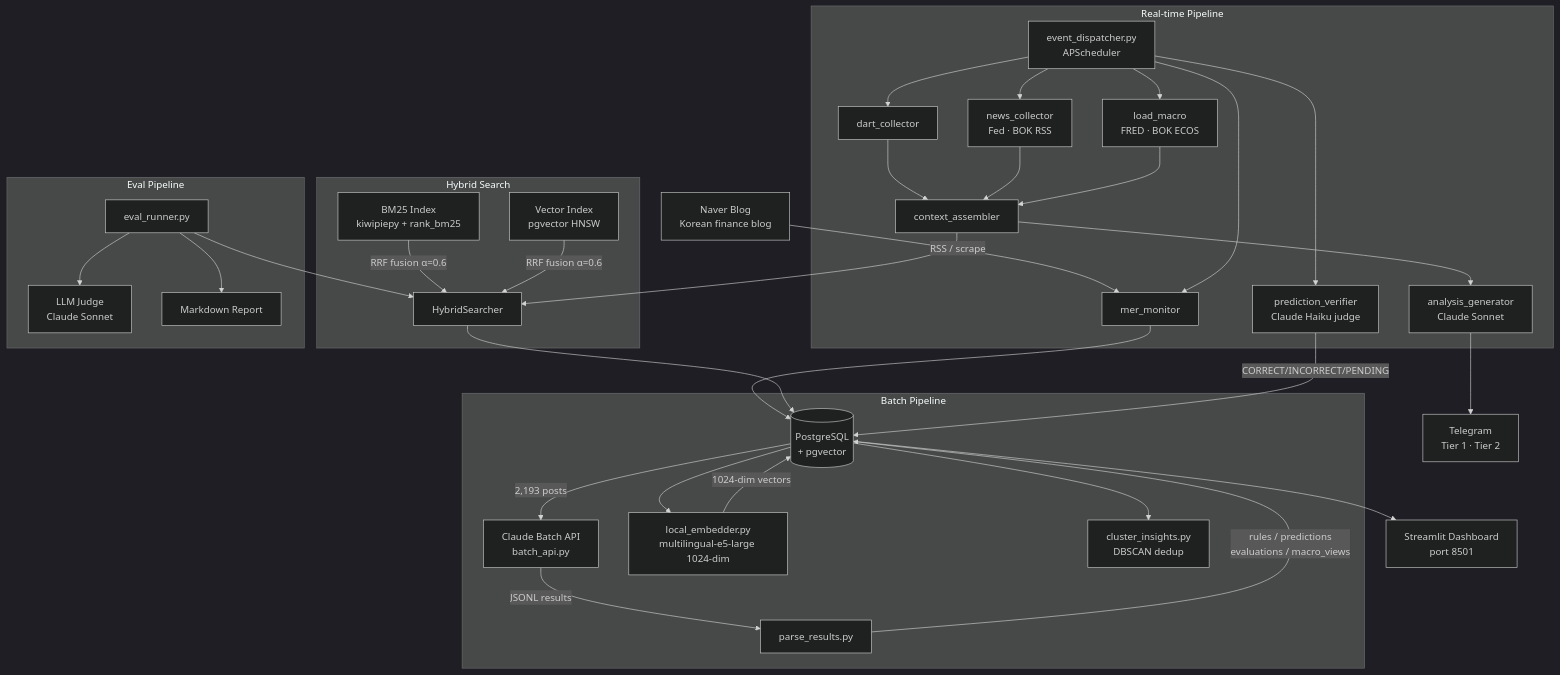
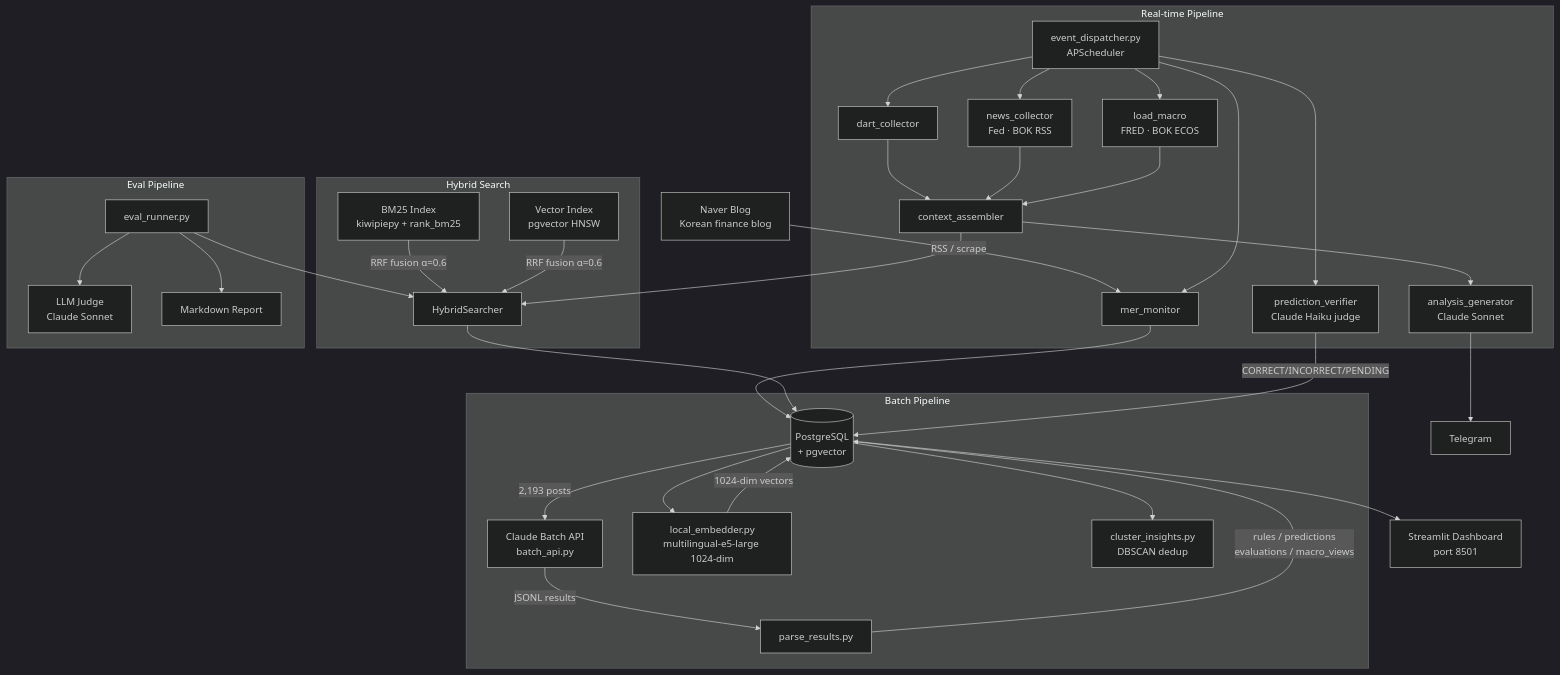
The diagram in README.md (11e3/mer-insight-pipeline), drawn with Mermaid (dark theme) before and after one commit. The commit also changed other lines of this file and 5 other files, not shown here.

````diff
--- a/README.md
+++ b/README.md
@@ -16,44 +16,44 @@
 ```mermaid
 flowchart TD
     A[Naver Blog<br>Korean finance blog] -->|RSS / scrape| B[mer_monitor]
     B --> C[(PostgreSQL<br>+ pgvector)]
 
     subgraph Batch Pipeline
         C -->|2,193 posts| D[Claude Batch API<br>batch_api.py]
         D -->|JSONL results| E[parse_results.py]
         E -->|rules / predictions<br>evaluations / macro_views| C
         C --> F[local_embedder.py<br>multilingual-e5-large 1024-dim]
         F -->|1024-dim vectors| C
         C --> G[cluster_insights.py<br>DBSCAN dedup]
     end
 
     subgraph Hybrid Search
         HS1[BM25 Index<br>kiwipiepy + rank_bm25]
         HS2[Vector Index<br>pgvector HNSW]
         HS1 & HS2 -->|RRF fusion α=0.6| HS3[HybridSearcher]
     end
 
     HS3 --> C
 
     subgraph Real-time Pipeline
         ED[event_dispatcher.py<br>APScheduler] --> B
         ED --> DC[dart_collector]
         ED --> NC[news_collector<br>Fed · BOK RSS]
         ED --> LM[load_macro<br>FRED · BOK ECOS]
         ED --> PV[prediction_verifier<br>Claude Haiku judge]
         DC & NC & LM --> CA[context_assembler]
         CA --> HS3
         CA --> AG2[analysis_generator<br>Claude Sonnet]
         PV -->|CORRECT/INCORRECT/PENDING| C
     end
 
-    AG2 --> TG[Telegram<br>Tier 1 · Tier 2]
+    AG2 --> TG[Telegram]
 
     subgraph Eval Pipeline
         EV[eval_runner.py] --> HS3
         EV --> LJ[LLM Judge<br>Claude Sonnet]
         EV --> RPT[Markdown Report]
     end
 
     C --> Q[Streamlit Dashboard<br>port 8501]
 ```
````
